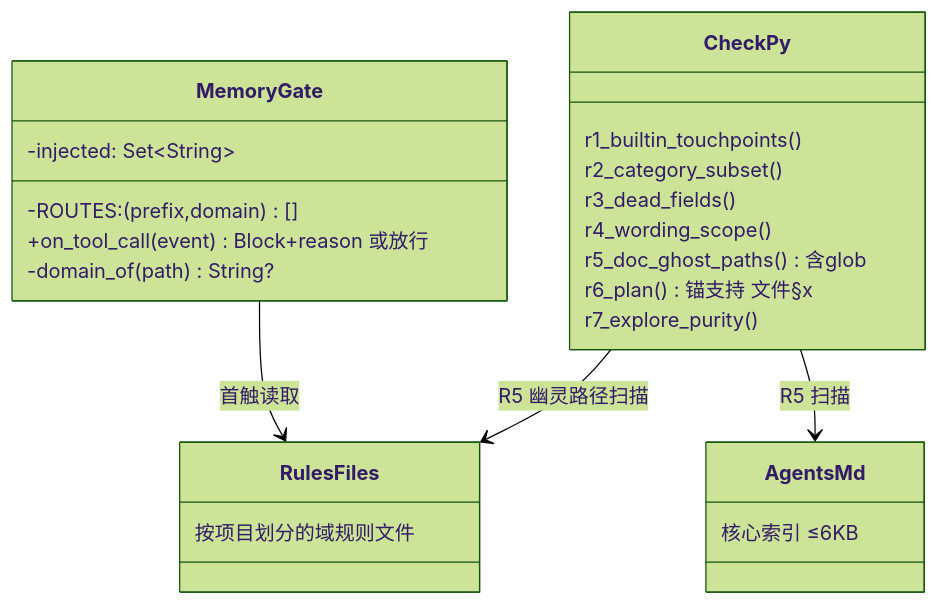
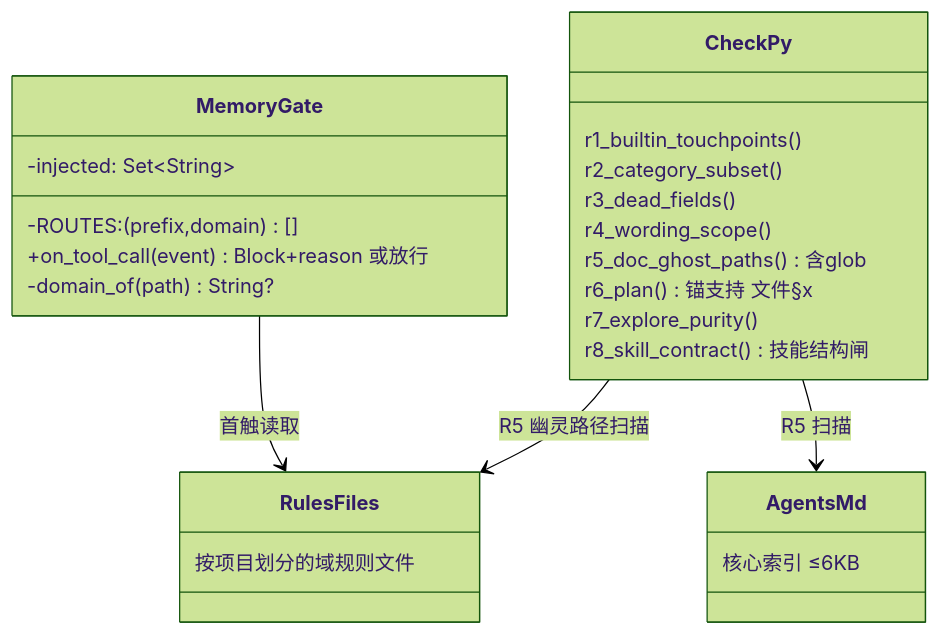
The fourth of 4 diagrams in README.md (wenge6090-tech/bcp-kit), drawn with Mermaid (forest theme) before and after one commit. The commit also changed other lines of this file and 1 other file, not shown here.

First line of the commit message:
docs: README 补全 sleep 机制 — 四图更新 + 闸门表 + 证据流同步（用户审查发现）

````diff
--- a/README.md
+++ b/README.md
@@ -280,27 +288,28 @@
 ```mermaid
 classDiagram
     class MemoryGate {
         -injected: Set~String~
         -ROUTES: (prefix,domain)[]
         +on_tool_call(event) Block+reason 或放行
         -domain_of(path) String?
     }
     class RulesFiles {
         按项目划分的域规则文件
     }
     class CheckPy {
         r1_builtin_touchpoints()
         r2_category_subset()
         r3_dead_fields()
         r4_wording_scope()
         r5_doc_ghost_paths() 含glob
         r6_plan() 锚支持 文件§x
         r7_explore_purity()
+        r8_skill_contract() 技能结构闸
     }
     class AgentsMd {
         核心索引 ≤6KB
     }
     MemoryGate --> RulesFiles : 首触读取
     CheckPy --> RulesFiles : R5 幽灵路径扫描
     CheckPy --> AgentsMd : R5 扫描
 ```
````
